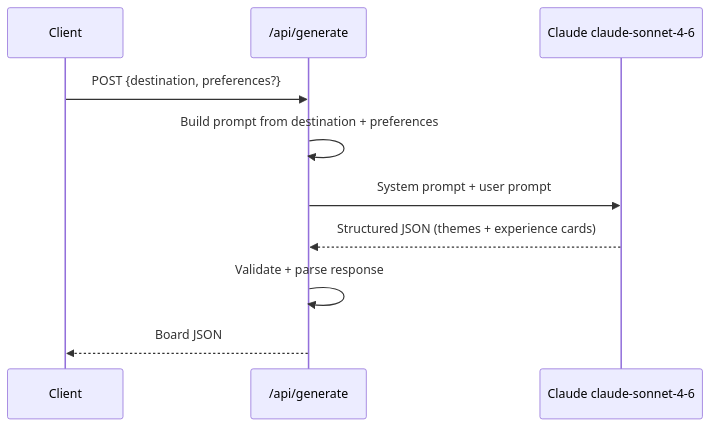
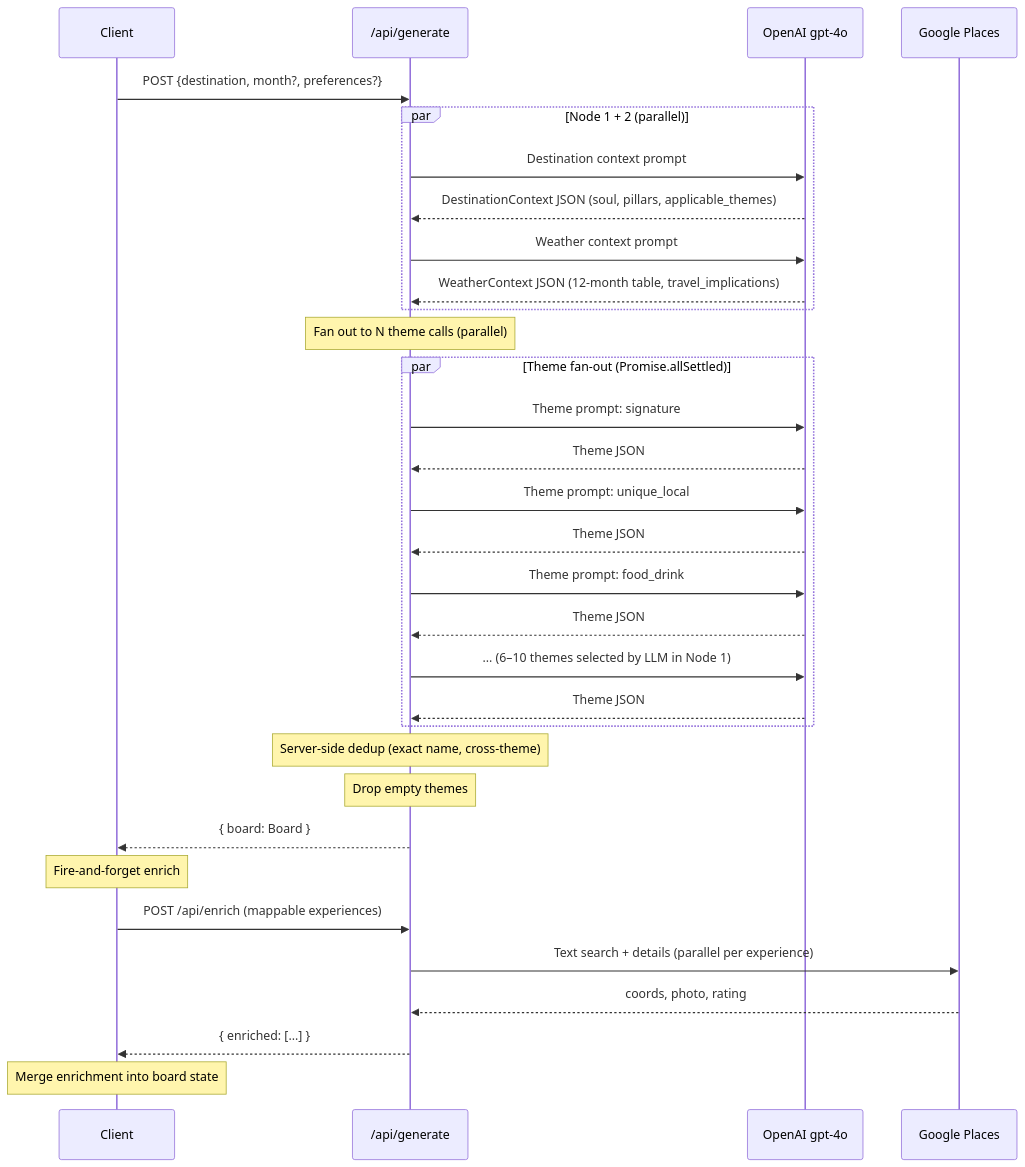
One commit to Paraskgp/Travel_GPT_V2 changed the diagram in ARCHITECTURE.md. Above: the diagram before and after it, drawn with Mermaid. The commit also changed other lines of this file and 3 other files, not shown here.

First line of the commit message:
Update docs, fix dedup bug, mute map, remove soul line

````diff
--- a/ARCHITECTURE.md
+++ b/ARCHITECTURE.md
@@ -37,13 +93,41 @@
 ```mermaid
 sequenceDiagram
     participant C as Client
     participant API as /api/generate
-    participant Claude as Claude claude-sonnet-4-6
+    participant LLM as OpenAI gpt-4o
+    participant Places as Google Places
 
-    C->>API: POST {destination, preferences?}
-    API->>API: Build prompt from destination + preferences
-    API->>Claude: System prompt + user prompt
-    Claude-->>API: Structured JSON (themes + experience cards)
-    API->>API: Validate + parse response
-    API-->>C: Board JSON
+    C->>API: POST {destination, month?, preferences?}
+
+    par Node 1 + 2 (parallel)
+        API->>LLM: Destination context prompt
+        LLM-->>API: DestinationContext JSON (soul, pillars, applicable_themes)
+        API->>LLM: Weather context prompt
+        LLM-->>API: WeatherContext JSON (12-month table, travel_implications)
+    end
+
+    note over API: Fan out to N theme calls (parallel)
+
+    par Theme fan-out (Promise.allSettled)
+        API->>LLM: Theme prompt: signature
+        LLM-->>API: Theme JSON
+        API->>LLM: Theme prompt: unique_local
+        LLM-->>API: Theme JSON
+        API->>LLM: Theme prompt: food_drink
+        LLM-->>API: Theme JSON
+        API->>LLM: ... (6–10 themes selected by LLM in Node 1)
+        LLM-->>API: Theme JSON
+    end
+
+    note over API: Server-side dedup (exact name, cross-theme)
+    note over API: Drop empty themes
+
+    API-->>C: { board: Board }
+
+    note over C: Fire-and-forget enrich
+    C->>API: POST /api/enrich (mappable experiences)
+    API->>Places: Text search + details (parallel per experience)
+    Places-->>API: coords, photo, rating
+    API-->>C: { enriched: [...] }
+    note over C: Merge enrichment into board state
 ```
````
